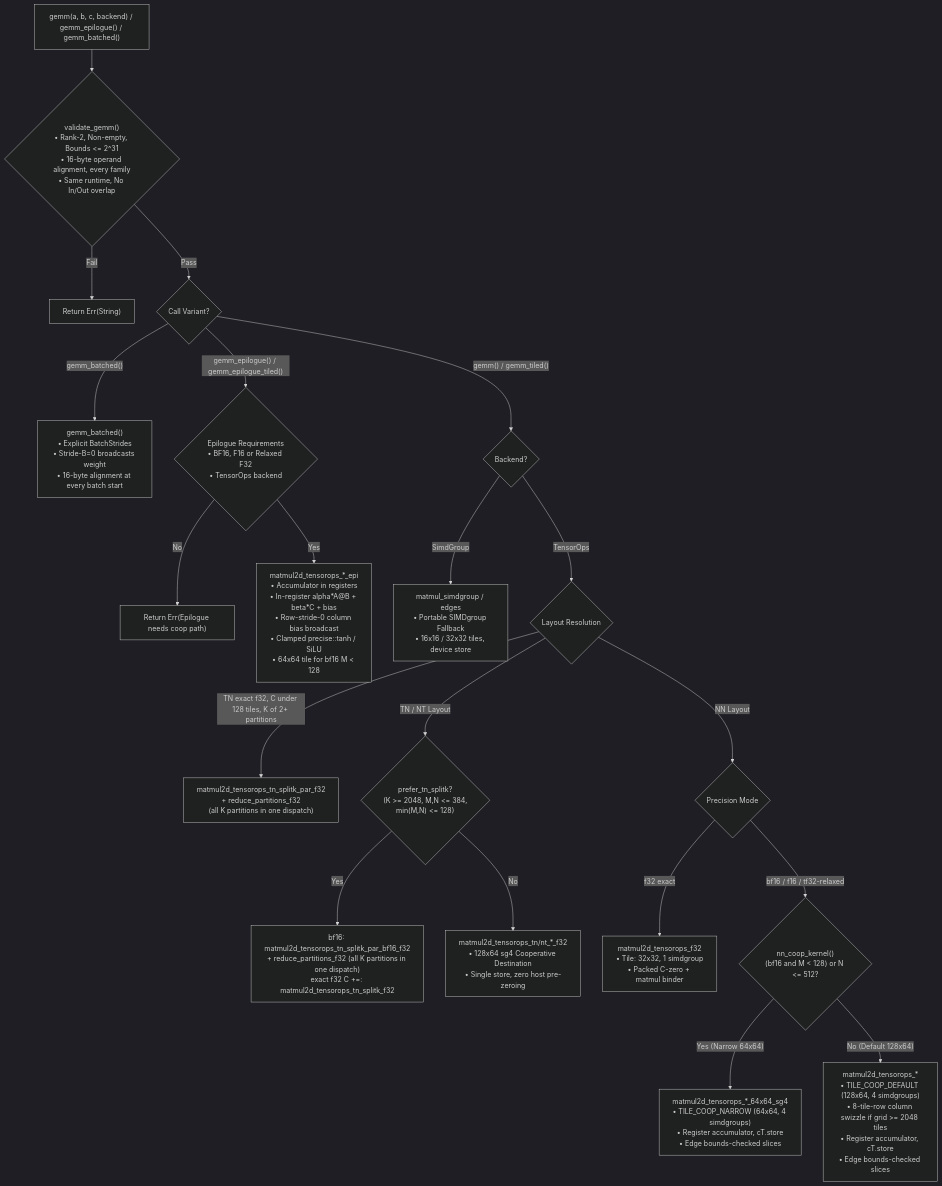
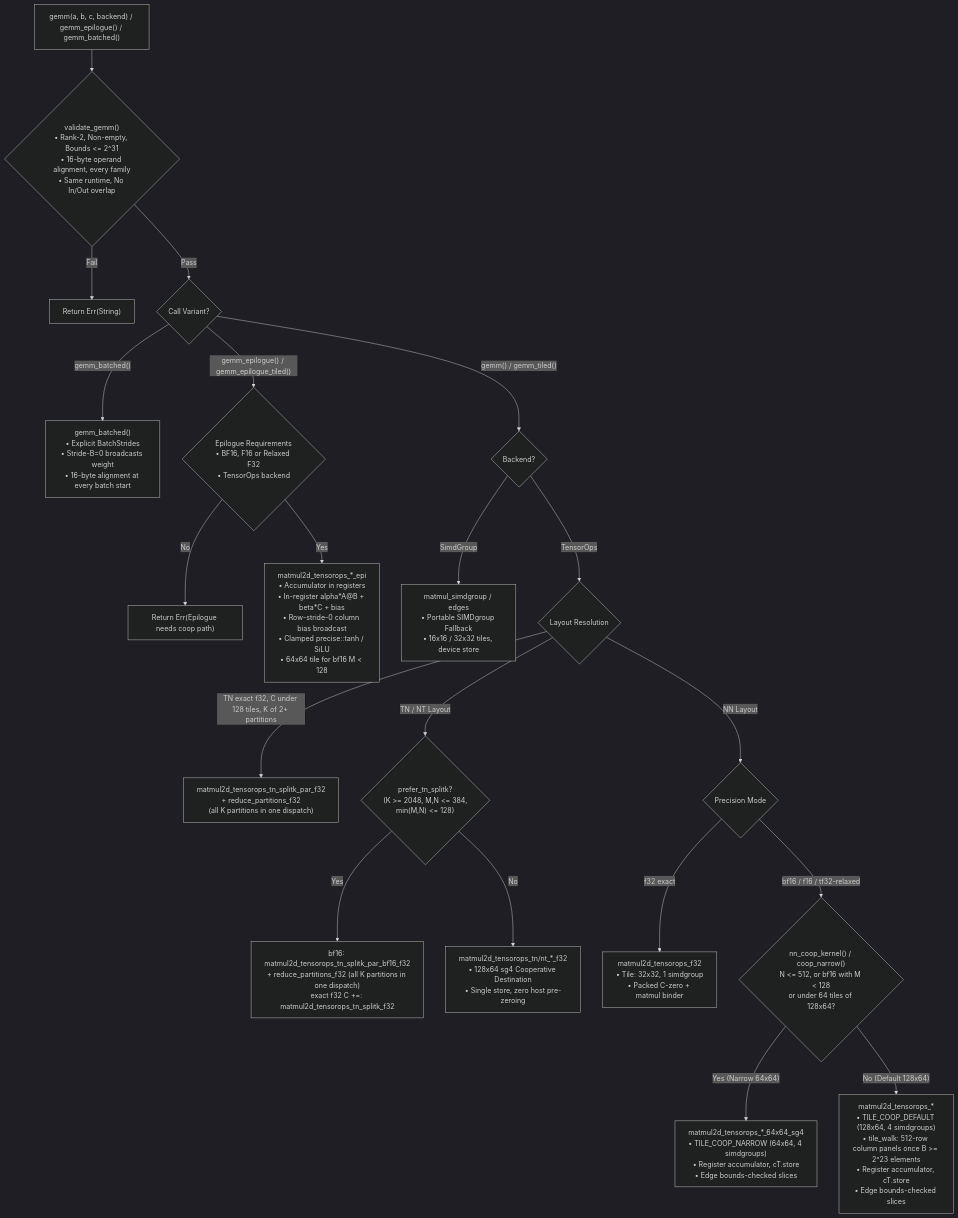
Before and after one commit to bharathvbcr/tessl: the first of 8 diagrams in docs/architecture.md, drawn with Mermaid (dark theme). The commit also changed other lines of this file and 7 other files, not shown here.

First line of the commit message:
docs: describe the shipped walk, split-K and tile rule; cite only stable rows

````diff
--- a/docs/architecture.md
+++ b/docs/architecture.md
@@ -11,31 +11,31 @@
 ```mermaid
 flowchart TD
     Start["gemm(a, b, c, backend) / gemm_epilogue() / gemm_batched()"] --> Validate{"validate_gemm()<br/>• Rank-2, Non-empty, Bounds &lt;= 2^31<br/>• 16-byte operand alignment, every family<br/>• Same runtime, No In/Out overlap"}
     Validate -- Fail --> Err["Return Err(String)"]
     Validate -- Pass --> ModeCheck{"Call Variant?"}
 
     ModeCheck -- "gemm_batched()" --> Batched["gemm_batched()<br/>• Explicit BatchStrides<br/>• Stride-B=0 broadcasts weight<br/>• 16-byte alignment at every batch start"]
     ModeCheck -- "gemm_epilogue() / gemm_epilogue_tiled()" --> EpiCheck{"Epilogue Requirements<br/>• BF16, F16 or Relaxed F32<br/>• TensorOps backend"}
     EpiCheck -- No --> EpiErr["Return Err(Epilogue needs coop path)"]
     EpiCheck -- Yes --> EpiDispatch["matmul2d_tensorops_*_epi<br/>• Accumulator in registers<br/>• In-register alpha*A@B + beta*C + bias<br/>• Row-stride-0 column bias broadcast<br/>• Clamped precise::tanh / SiLU<br/>• 64x64 tile for bf16 M &lt; 128"]
     
     ModeCheck -- "gemm() / gemm_tiled()" --> BackendCheck{"Backend?"}
 
     BackendCheck -- SimdGroup --> SimdGroupKernel["matmul_simdgroup / edges<br/>• Portable SIMDgroup Fallback<br/>• 16x16 / 32x32 tiles, device store"]
     BackendCheck -- TensorOps --> LayoutCheck{"Layout Resolution"}
 
     LayoutCheck -- "TN exact f32, C under 128 tiles, K of 2+ partitions" --> ParTN["matmul2d_tensorops_tn_splitk_par_f32<br/>+ reduce_partitions_f32<br/>(all K partitions in one dispatch)"]
     LayoutCheck -- "TN / NT Layout" --> SplitKCheck{"prefer_tn_splitk?<br/>(K &gt;= 2048, M,N &lt;= 384,<br/>min(M,N) &lt;= 128)"}
     SplitKCheck -- Yes --> SplitKKernel["bf16: matmul2d_tensorops_tn_splitk_par_bf16_f32<br/>+ reduce_partitions_f32 (all K partitions in one dispatch)<br/>exact f32 C +=: matmul2d_tensorops_tn_splitk_f32"]
     SplitKCheck -- No --> CoopTN["matmul2d_tensorops_tn/nt_*_f32<br/>• 128x64 sg4 Cooperative Destination<br/>• Single store, zero host pre-zeroing"]
 
     LayoutCheck -- "NN Layout" --> PrecisionCheck{"Precision Mode"}
     
     PrecisionCheck -- "f32 exact" --> F32Exact["matmul2d_tensorops_f32<br/>• Tile: 32x32, 1 simdgroup<br/>• Packed C-zero + matmul binder"]
     
-    PrecisionCheck -- "bf16 / f16 / tf32-relaxed" --> NNTable{"nn_coop_kernel()<br/>(bf16 and M &lt; 128) or N &lt;= 512?"}
+    PrecisionCheck -- "bf16 / f16 / tf32-relaxed" --> NNTable{"nn_coop_kernel() / coop_narrow()<br/>N &lt;= 512, or bf16 with M &lt; 128<br/>or under 64 tiles of 128x64?"}
     
     NNTable -- "Yes (Narrow 64x64)" --> NNNarrow["matmul2d_tensorops_*_64x64_sg4<br/>• TILE_COOP_NARROW (64x64, 4 simdgroups)<br/>• Register accumulator, cT.store<br/>• Edge bounds-checked slices"]
     
-    NNTable -- "No (Default 128x64)" --> NNDefault["matmul2d_tensorops_*<br/>• TILE_COOP_DEFAULT (128x64, 4 simdgroups)<br/>• 8-tile-row column swizzle if grid &gt;= 2048 tiles<br/>• Register accumulator, cT.store<br/>• Edge bounds-checked slices"]
+    NNTable -- "No (Default 128x64)" --> NNDefault["matmul2d_tensorops_*<br/>• TILE_COOP_DEFAULT (128x64, 4 simdgroups)<br/>• tile_walk: 512-row column panels once B &gt;= 2^23 elements<br/>• Register accumulator, cT.store<br/>• Edge bounds-checked slices"]
 ```
````
